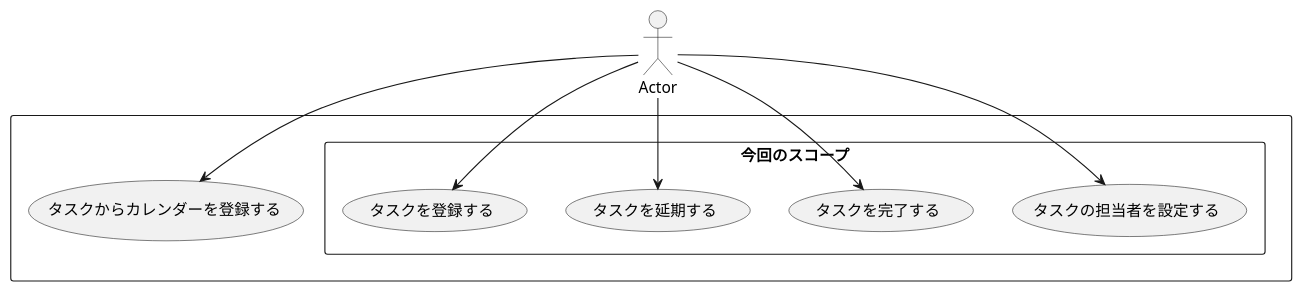
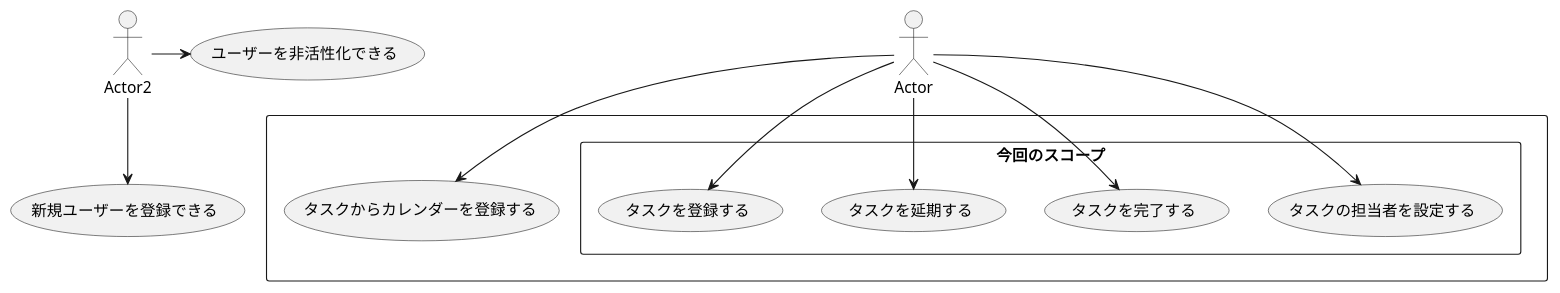
The diagram in task_management/doc/ユースケース図.puml (mohira/ddd-examples-python), drawn with PlantUML before and after one commit. The commit also changed 9 other files, not shown here.

```diff
--- a/task_management/doc/ユースケース図.puml
+++ b/task_management/doc/ユースケース図.puml
@@ -1,17 +1,24 @@
 @startuml
 
 actor Actor
 
 rectangle {
 
     Actor --> (タスクからカレンダーを登録する)
 
     rectangle 今回のスコープ {
         Actor --> (タスクの担当者を設定する)
         Actor --> (タスクを完了する)
         Actor --> (タスクを延期する)
         Actor --> (タスクを登録する)
     }
 }
 
+
+actor Actor2
+
+Actor2 --> (新規ユーザーを登録できる)
+Actor2 -r-> (ユーザーを非活性化できる)
+
+
 @enduml
```
